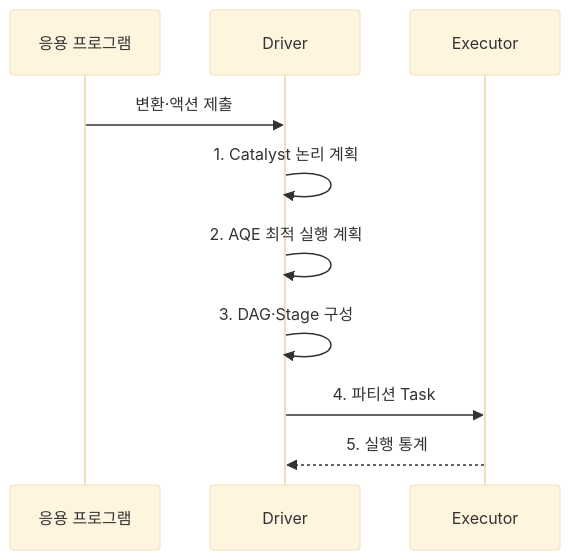
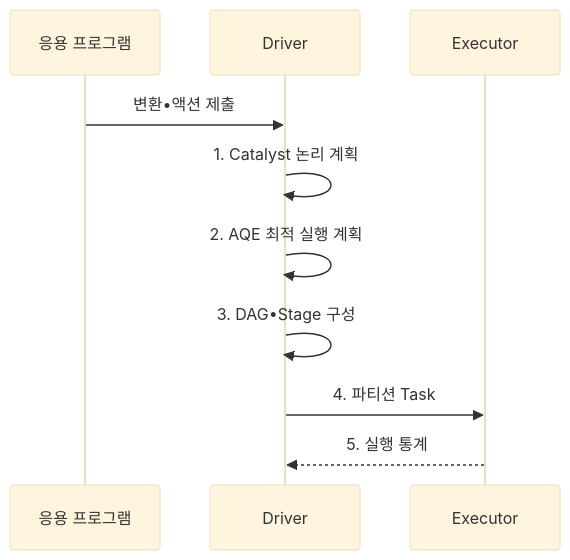
The second of 2 diagrams in src/content/docs/notes/03-software/117_apache_spark.md (agnusdei1207/knowledge-base), drawn with Mermaid (base theme) before and after one commit. The commit also changed other lines of this file and 953 other files, not shown here.

````diff
--- a/src/content/docs/notes/03-software/117_apache_spark.md
+++ b/src/content/docs/notes/03-software/117_apache_spark.md
@@ -107,12 +107,12 @@
 ```mermaid
 sequenceDiagram
     participant U as 응용 프로그램
     participant D as Driver
     participant E as Executor
-    U->>D: 변환·액션 제출
+    U->>D: 변환•액션 제출
     D->>D: 1. Catalyst 논리 계획
     D->>D: 2. AQE 최적 실행 계획
-    D->>D: 3. DAG·Stage 구성
+    D->>D: 3. DAG•Stage 구성
     D->>E: 4. 파티션 Task
     E-->>D: 5. 실행 통계
 ```
````
